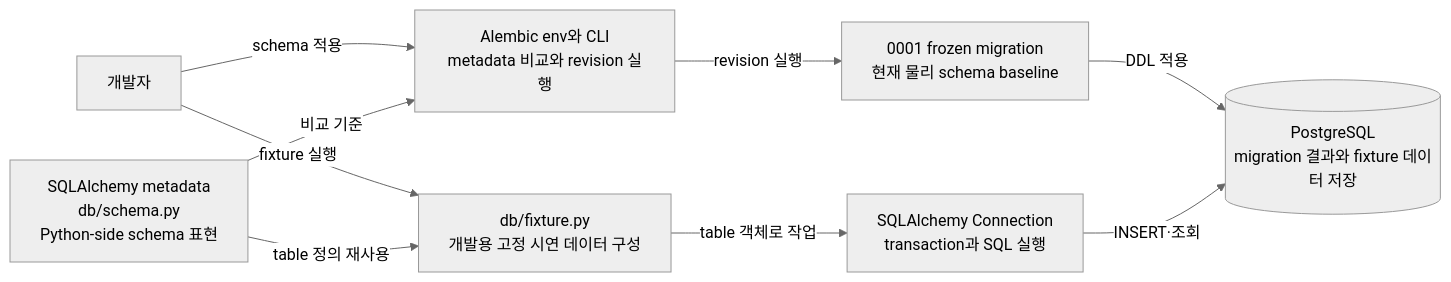
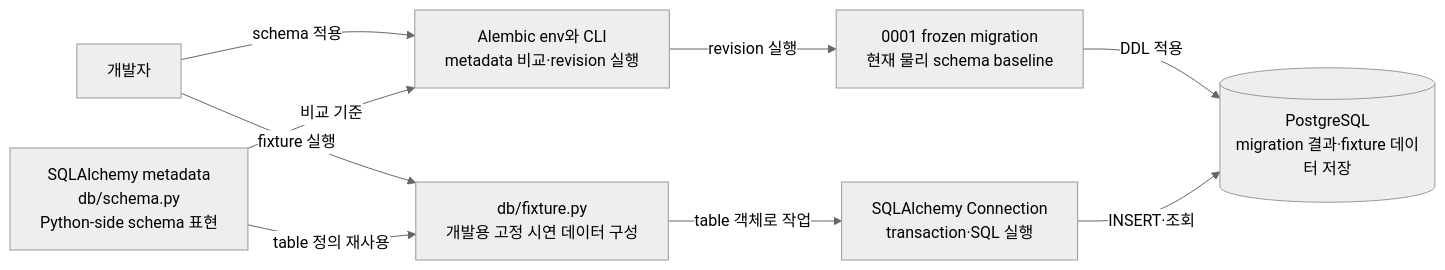
Before and after one commit to studylida/ontology-map: the fourth of 4 diagrams in docs/architecture/README.md, drawn with Mermaid (neutral theme). The commit also changed other lines of this file, not shown here.

````diff
--- a/docs/architecture/README.md
+++ b/docs/architecture/README.md
@@ -79,14 +79,14 @@
 ```mermaid
 flowchart LR
     Developer[개발자]
     Metadata[SQLAlchemy metadata<br/>db/schema.py<br/>Python-side schema 표현]
-    Alembic[Alembic env와 CLI<br/>metadata 비교와 revision 실행]
+    Alembic[Alembic env와 CLI<br/>metadata 비교·revision 실행]
     Migration[0001 frozen migration<br/>현재 물리 schema baseline]
     Fixture[db/fixture.py<br/>개발용 고정 시연 데이터 구성]
-    Connection[SQLAlchemy Connection<br/>transaction과 SQL 실행]
-    DB[(PostgreSQL<br/>migration 결과와 fixture 데이터 저장)]
+    Connection[SQLAlchemy Connection<br/>transaction·SQL 실행]
+    DB[(PostgreSQL<br/>migration 결과·fixture 데이터 저장)]
     Developer -->|schema 적용| Alembic -->|revision 실행| Migration -->|DDL 적용| DB
     Metadata -->|비교 기준| Alembic
     Developer -->|fixture 실행| Fixture -->|table 객체로 작업| Connection -->|INSERT·조회| DB
     Metadata -->|table 정의 재사용| Fixture
 ```
````
